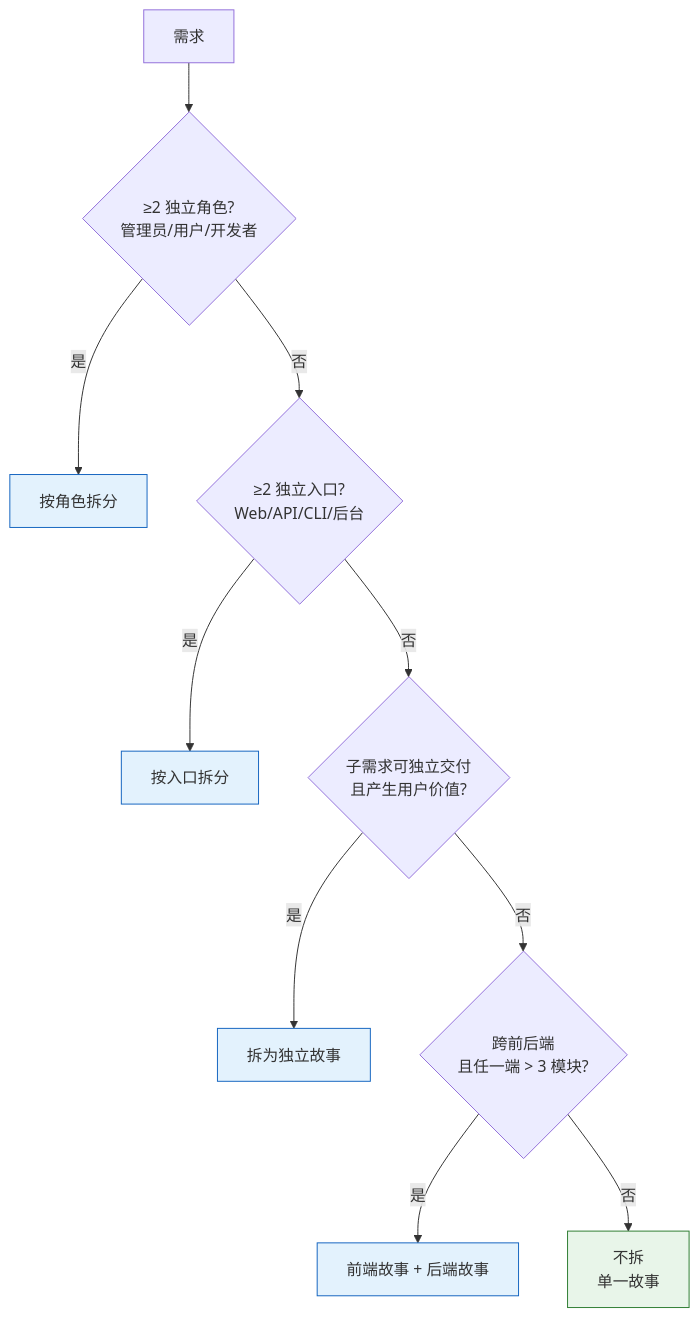
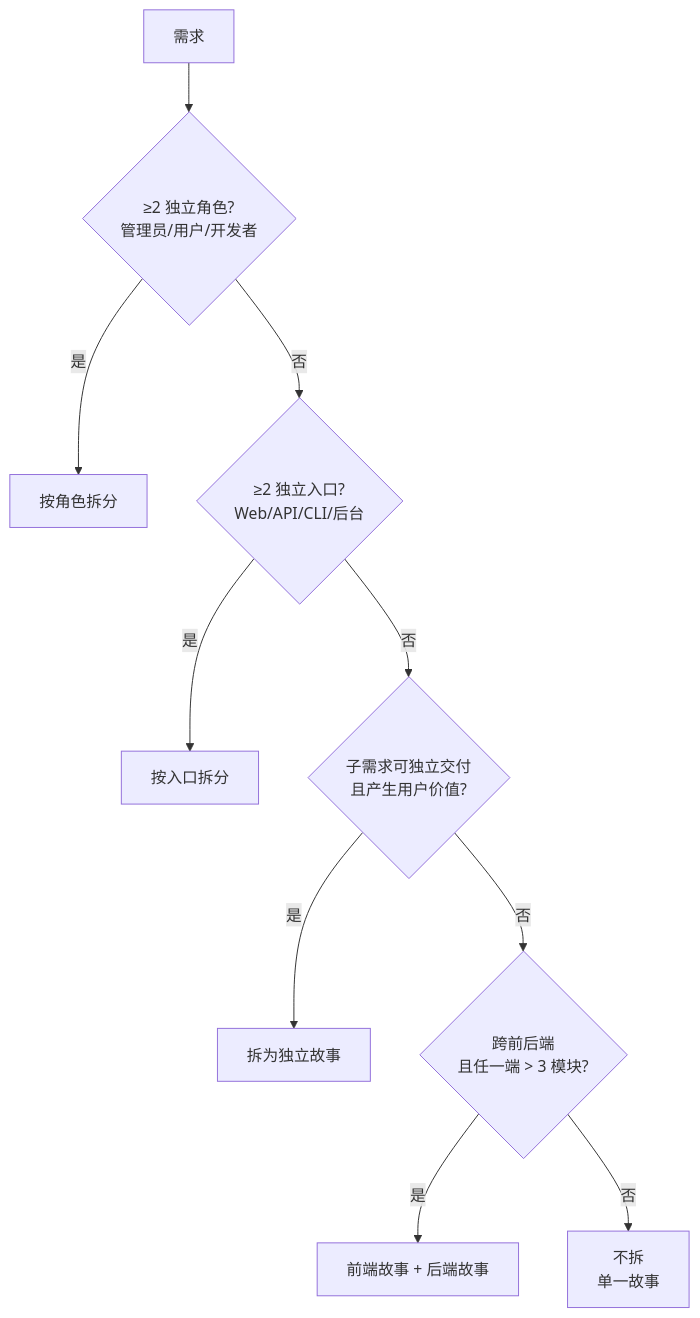
One commit to effiy/YrY changed the third of 5 diagrams in agents/pm.md. Above: the diagram before and after it, drawn with Mermaid. The commit also changed other lines of this file and 9 other files, not shown here.

````diff
--- a/agents/pm.md
+++ b/agents/pm.md
@@ -74,15 +68,13 @@
 ```mermaid
 flowchart TD
     REQ["需求"] --> Q1{"≥2 独立角色?<br/>管理员/用户/开发者"}
     Q1 -->|是| S1["按角色拆分"]:::split
     Q1 -->|否| Q2{"≥2 独立入口?<br/>Web/API/CLI/后台"}
     Q2 -->|是| S2["按入口拆分"]:::split
     Q2 -->|否| Q3{"子需求可独立交付<br/>且产生用户价值?"}
     Q3 -->|是| S3["拆为独立故事"]:::split
     Q3 -->|否| Q4{"跨前后端<br/>且任一端 > 3 模块?"}
     Q4 -->|是| S4["前端故事 + 后端故事"]:::split
     Q4 -->|否| S5["不拆<br/>单一故事"]:::nosplit
 
-    classDef split fill:#e3f2fd,stroke:#1565c0;
-    classDef nosplit fill:#e8f5e9,stroke:#2e7d32;
 ```
````
